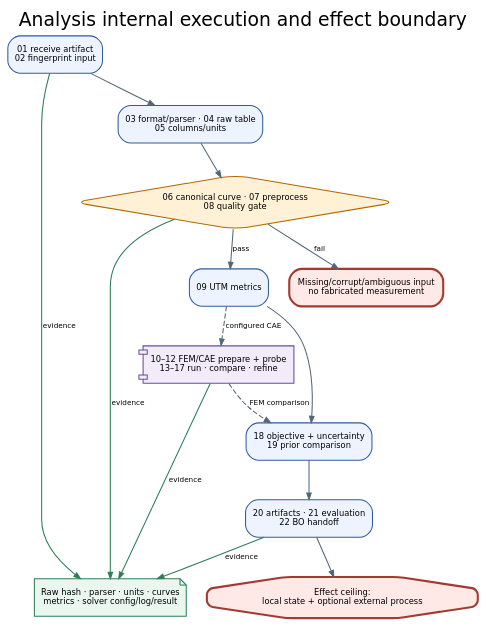
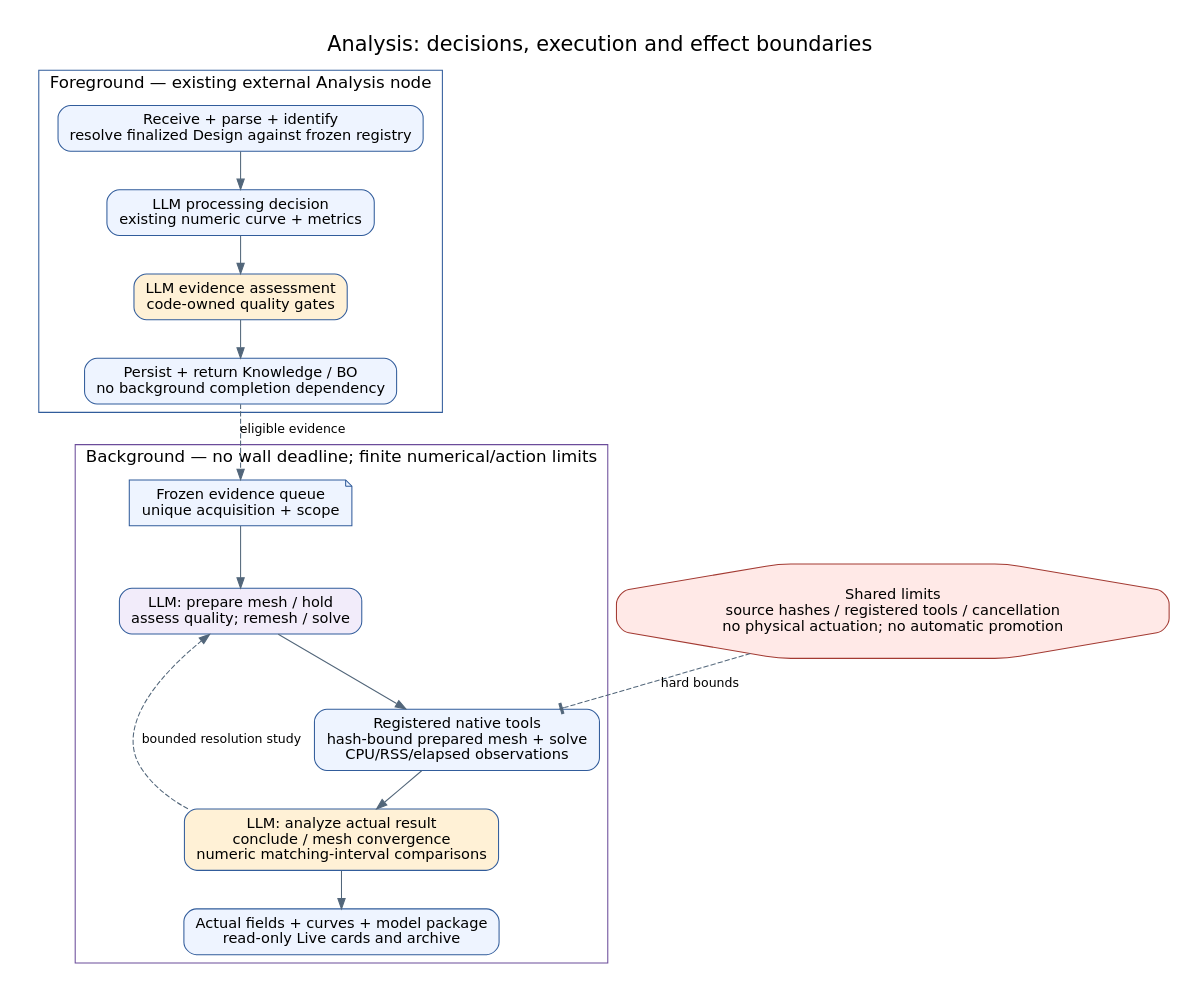
The diagram in docs/agents/assets/figures/analysis_02_execution_effect_boundary.dot (JIN9811/autonomous_researcher), drawn with Graphviz before and after one commit. The commit also changed 94 other files, not shown here.

First line of the commit message:
feat(analysis): add agentic background FEM and reusable model evidence

```diff
--- a/docs/agents/assets/figures/analysis_02_execution_effect_boundary.dot
+++ b/docs/agents/assets/figures/analysis_02_execution_effect_boundary.dot
@@ -1,26 +1,26 @@
 digraph analysis_execution_effect_boundary {
-  graph [rankdir=TB, bgcolor="transparent", pad="0.25", nodesep="0.28", ranksep="0.41", fontname="DejaVu Sans", label="Analysis internal execution and effect boundary", labelloc="t", fontsize=18];
-  node [shape=box, style="rounded,filled", fillcolor="#EEF4FF", color="#315C9B", fontname="DejaVu Sans", fontsize=8.0, margin="0.08,0.06"];
-  edge [color="#52667A", fontname="DejaVu Sans", fontsize=7.0, arrowsize=0.62];
-  input [label="01 receive artifact\n02 fingerprint input"];
-  parse [label="03 format/parser · 04 raw table\n05 columns/units"];
-  curve [label="06 canonical curve · 07 preprocess\n08 quality gate", shape=diamond, fillcolor="#FFF1D6", color="#B26A00"];
-  metrics [label="09 UTM metrics"];
-  cae [label="10–12 FEM/CAE prepare + probe\n13–17 run · compare · refine", shape=component, fillcolor="#F2ECFA", color="#6B4C9A"];
-  evaluate [label="18 objective + uncertainty\n19 prior comparison"];
-  output [label="20 artifacts · 21 evaluation\n22 BO handoff"];
-  evidence [label="Raw hash · parser · units · curves\nmetrics · solver config/log/result", shape=note, fillcolor="#E9F7EF", color="#2E7D59"];
-  reject [label="Missing/corrupt/ambiguous input\nno fabricated measurement", fillcolor="#FFE9E7", color="#A33A32", penwidth=2];
-  effect [label="Effect ceiling:\nlocal state + optional external process", shape=octagon, fillcolor="#FFE9E7", color="#A33A32", penwidth=2];
-  input -> parse -> curve;
-  curve -> metrics [label="pass"];
-  curve -> reject [label="fail"];
-  metrics -> evaluate;
-  metrics -> cae [style=dashed, label="configured CAE"];
-  cae -> evaluate [style=dashed, label="FEM comparison"];
-  evaluate -> output -> effect;
-  input -> evidence [label="evidence", color="#2E7D59"];
-  curve -> evidence [label="evidence", color="#2E7D59"];
-  cae -> evidence [label="evidence", color="#2E7D59"];
-  output -> evidence [label="evidence", color="#2E7D59"];
+  graph [rankdir=TB, bgcolor="white", pad="0.3", nodesep="0.4", ranksep="0.5", fontname="DejaVu Sans", label="Analysis: decisions, execution and effect boundaries", labelloc=t, fontsize=20];
+  node [shape=box, style="rounded,filled", fillcolor="#EEF4FF", color="#315C9B", fontname="DejaVu Sans", fontsize=14, margin="0.17,0.1"];
+  edge [color="#52667A", fontname="DejaVu Sans", fontsize=12];
+  subgraph cluster_fg {
+    label="Foreground — existing external Analysis node";color="#315C9B";fontsize=16;
+    intake [label="Receive + parse + identify\nresolve finalized Design against frozen registry"];
+    data [label="LLM processing decision\nexisting numeric curve + metrics"];
+    assess [label="LLM evidence assessment\ncode-owned quality gates",fillcolor="#FFF1D6"];
+    handoff [label="Persist + return Knowledge / BO\nno background completion dependency"];
+    intake -> data -> assess -> handoff;
+  }
+  subgraph cluster_bg {
+    label="Background — no wall deadline; finite numerical/action limits";color="#6B4C9A";fontsize=16;
+    queue [label="Frozen evidence queue\nunique acquisition + scope",shape=note];
+    select [label="LLM: prepare mesh / hold\nassess quality; remesh / solve",fillcolor="#F2ECFA"];
+    study [label="Registered native tools\nhash-bound prepared mesh + solve\nCPU/RSS/elapsed observations"];
+    validate [label="LLM: analyze actual result\nconclude / mesh convergence\nnumeric matching-interval comparisons",fillcolor="#FFF1D6"];
+    outputs [label="Actual fields + curves + model package\nread-only Live cards and archive"];
+    queue -> select -> study -> validate -> outputs;
+    validate -> select [style=dashed,label="bounded resolution study"];
+  }
+  handoff -> queue [style=dashed,label="eligible evidence"];
+  limits [label="Shared limits\nsource hashes / registered tools / cancellation\nno physical actuation; no automatic promotion",shape=octagon,fillcolor="#FFE9E7",color="#A33A32"];
+  limits -> study [style=dashed,label="hard bounds",arrowhead=tee];
 }
```
